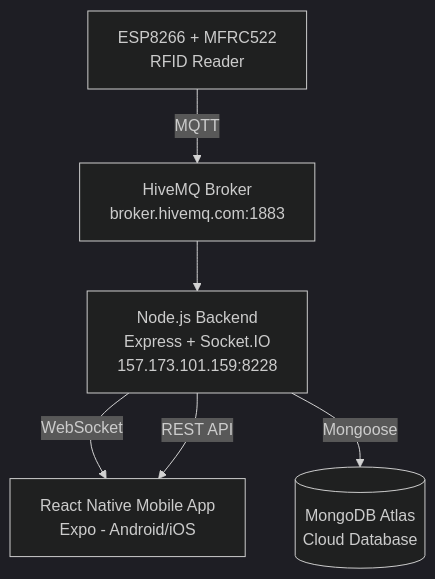
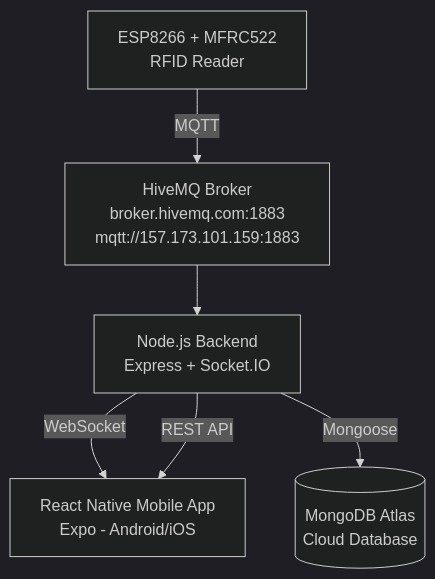
One commit to Tresorbana/BillIO changed the first of 4 diagrams in README.md. Above: the diagram before and after it, drawn with Mermaid (dark theme). The commit also changed 1 other file, not shown here.

Commit message:
firmware: sync RFID_MQTT.ino with main.py logic
- Add card removal detection with 1s debounce (mirrors main.py firstMissAt)
- Add payment topic handling (T_PAYMENT -> T_BALANCE response)
- Add LWT device/status topic (online/offline retained)
- Add periodic health report every 60s (IP, RSSI, ts)
- Subscribe to topup, payment, health, removed topics
- Add present field to card/status payload
- Uppercase UID hex to match main.py {:02X} format
- Rate-limit scans via CARD_CHECK_INTERVAL (200ms)
- Add safePublish helper, rfid.PCD_StopCrypto1() on halt

````diff
--- a/README.md
+++ b/README.md
@@ -22,8 +22,8 @@
 ```mermaid
 graph TB
-    A[ESP8266 + MFRC522<br/>RFID Reader] -->|MQTT| B[HiveMQ Broker<br/>broker.hivemq.com:1883]
-    B --> C[Node.js Backend<br/>Express + Socket.IO<br/>157.173.101.159:8228]
+    A[ESP8266 + MFRC522<br/>RFID Reader] -->|MQTT| B[HiveMQ Broker<br/>broker.hivemq.com:1883<br/>mqtt://157.173.101.159:1883]
+    B --> C[Node.js Backend<br/>Express + Socket.IO]
     C -->|WebSocket| D[React Native Mobile App<br/>Expo - Android/iOS]
     C -->|REST API| D
     C -->|Mongoose| E[(MongoDB Atlas<br/>Cloud Database)]
 ```
````
